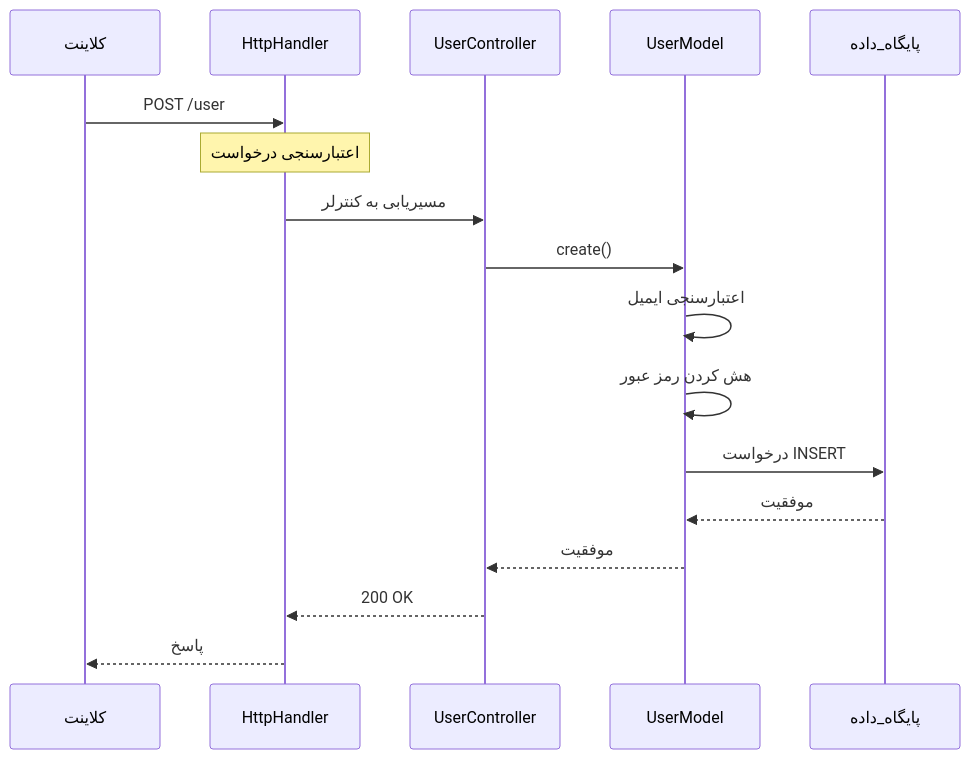
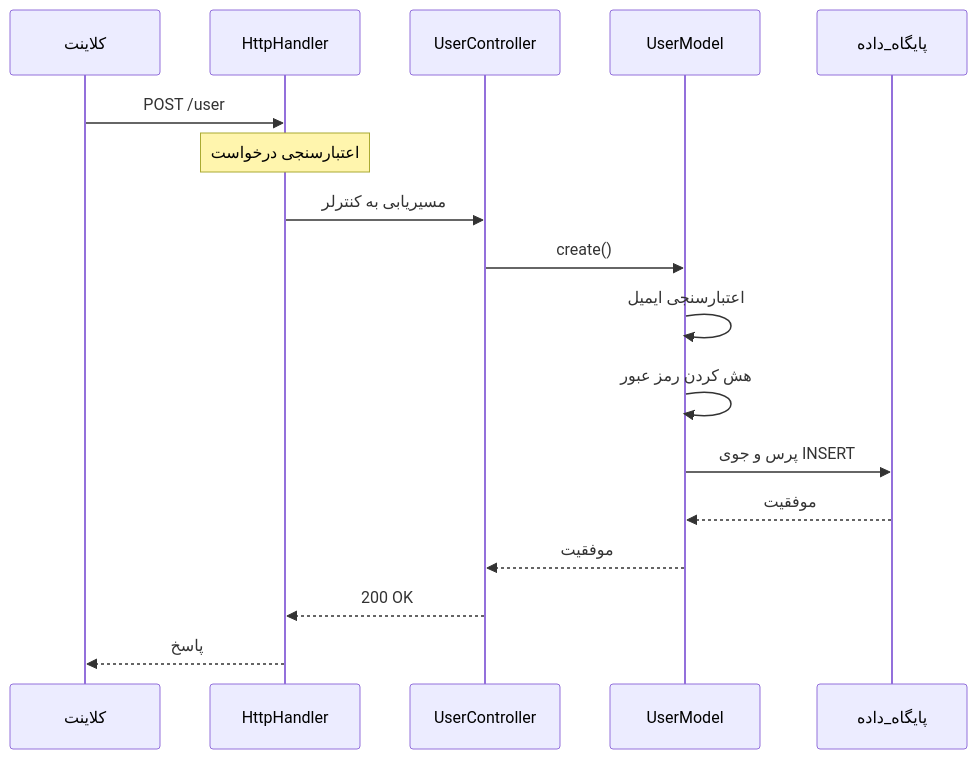
The second of 4 diagrams in DOCUMENTATION.fa.md (secure73/MicrosPy), drawn with Mermaid before and after one commit. The commit also changed other lines of this file and 2 other files, not shown here.

````diff
--- a/DOCUMENTATION.fa.md
+++ b/DOCUMENTATION.fa.md
@@ -554,20 +551,20 @@
 ```mermaid
 sequenceDiagram
     participant کلاینت
     participant HttpHandler
     participant UserController
     participant UserModel
     participant پایگاه_داده
 
     کلاینت->>HttpHandler: POST /user
     Note over HttpHandler: اعتبارسنجی درخواست
     HttpHandler->>UserController: مسیریابی به کنترلر
     UserController->>UserModel: create()
     UserModel->>UserModel: اعتبارسنجی ایمیل
     UserModel->>UserModel: هش کردن رمز عبور
-    UserModel->>پایگاه_داده: درخواست INSERT
+    UserModel->>پایگاه_داده: پرس و جوی INSERT
     پایگاه_داده-->>UserModel: موفقیت
     UserModel-->>UserController: موفقیت
     UserController-->>HttpHandler: 200 OK
     HttpHandler-->>کلاینت: پاسخ
 ```
````
